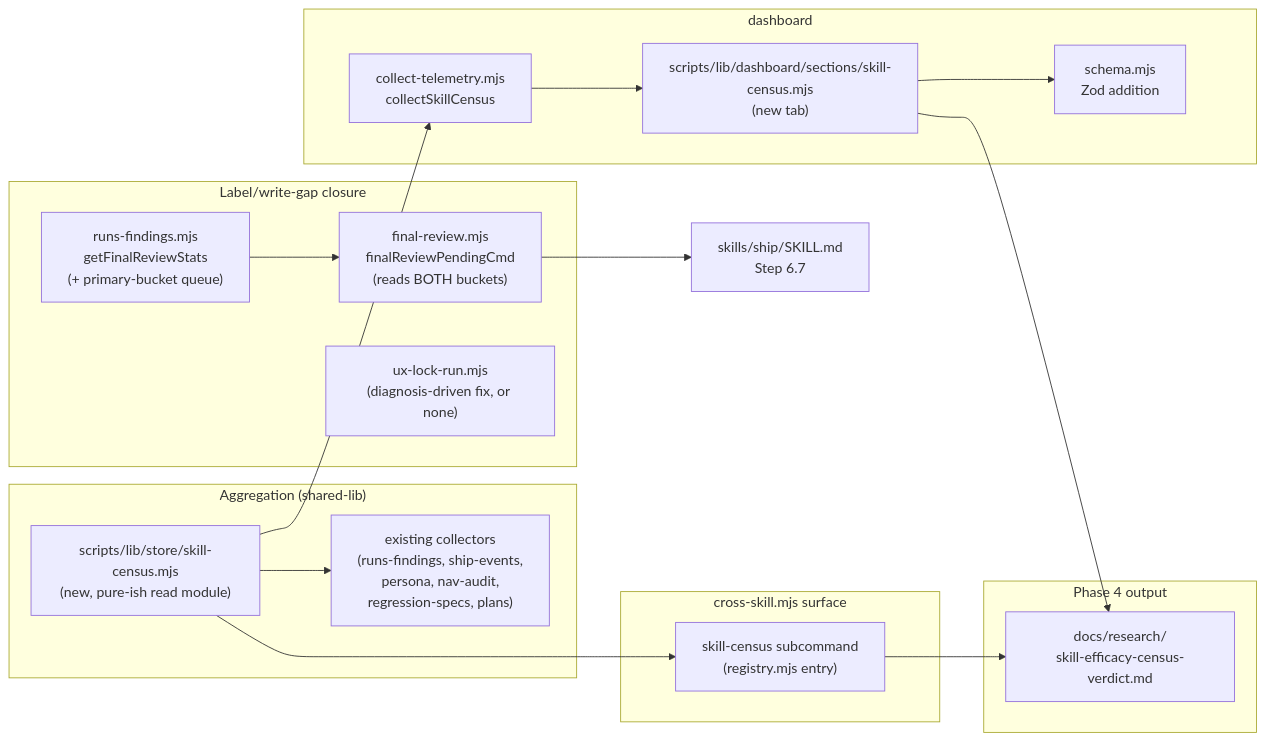
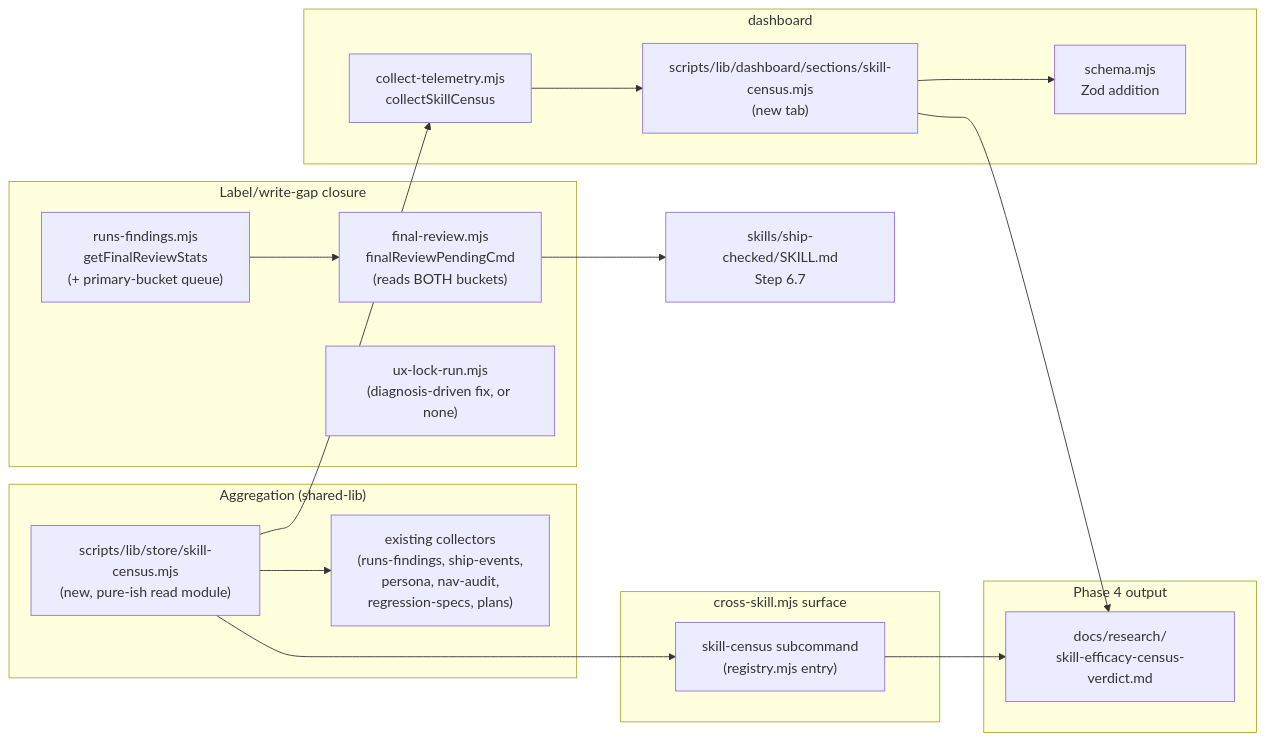
One commit to Lbstrydom/claude-engineering-skills changed the diagram in docs/plans/skill-efficacy-census.md. Above: the diagram before and after it, drawn with Mermaid. The commit also changed other lines of this file and 343 other files, not shown here.

First line of the commit message:
feat(skills): rename /ship to /ship-checked

````diff
--- a/docs/plans/skill-efficacy-census.md
+++ b/docs/plans/skill-efficacy-census.md
@@ -263,34 +263,34 @@
 ```mermaid
 graph LR
   subgraph Read["Aggregation (shared-lib)"]
     SC["scripts/lib/store/skill-census.mjs\n(new, pure-ish read module)"]
     EX["existing collectors\n(runs-findings, ship-events,\npersona, nav-audit,\nregression-specs, plans)"]
     SC --> EX
   end
 
   subgraph Gap["Label/write-gap closure"]
     RF["runs-findings.mjs\ngetFinalReviewStats\n(+ primary-bucket queue)"]
     FRC["final-review.mjs\nfinalReviewPendingCmd\n(reads BOTH buckets)"]
     UXR["ux-lock-run.mjs\n(diagnosis-driven fix, or none)"]
   end
 
   subgraph CLI["cross-skill.mjs surface"]
     CMD["skill-census subcommand\n(registry.mjs entry)"]
   end
 
   subgraph Dash["dashboard"]
     COL["collect-telemetry.mjs\ncollectSkillCensus"]
     SEC["scripts/lib/dashboard/sections/skill-census.mjs\n(new tab)"]
     SCHEMA["schema.mjs\nZod addition"]
   end
 
   subgraph Out["Phase 4 output"]
     MEMO["docs/research/\nskill-efficacy-census-verdict.md"]
   end
 
-  RF --> FRC --> SkillShip["skills/ship/SKILL.md\nStep 6.7"]
+  RF --> FRC --> SkillShip["skills/ship-checked/SKILL.md\nStep 6.7"]
   SC --> CMD
   SC --> COL --> SEC --> SCHEMA
   CMD --> MEMO
   SEC --> MEMO
 ```
````
